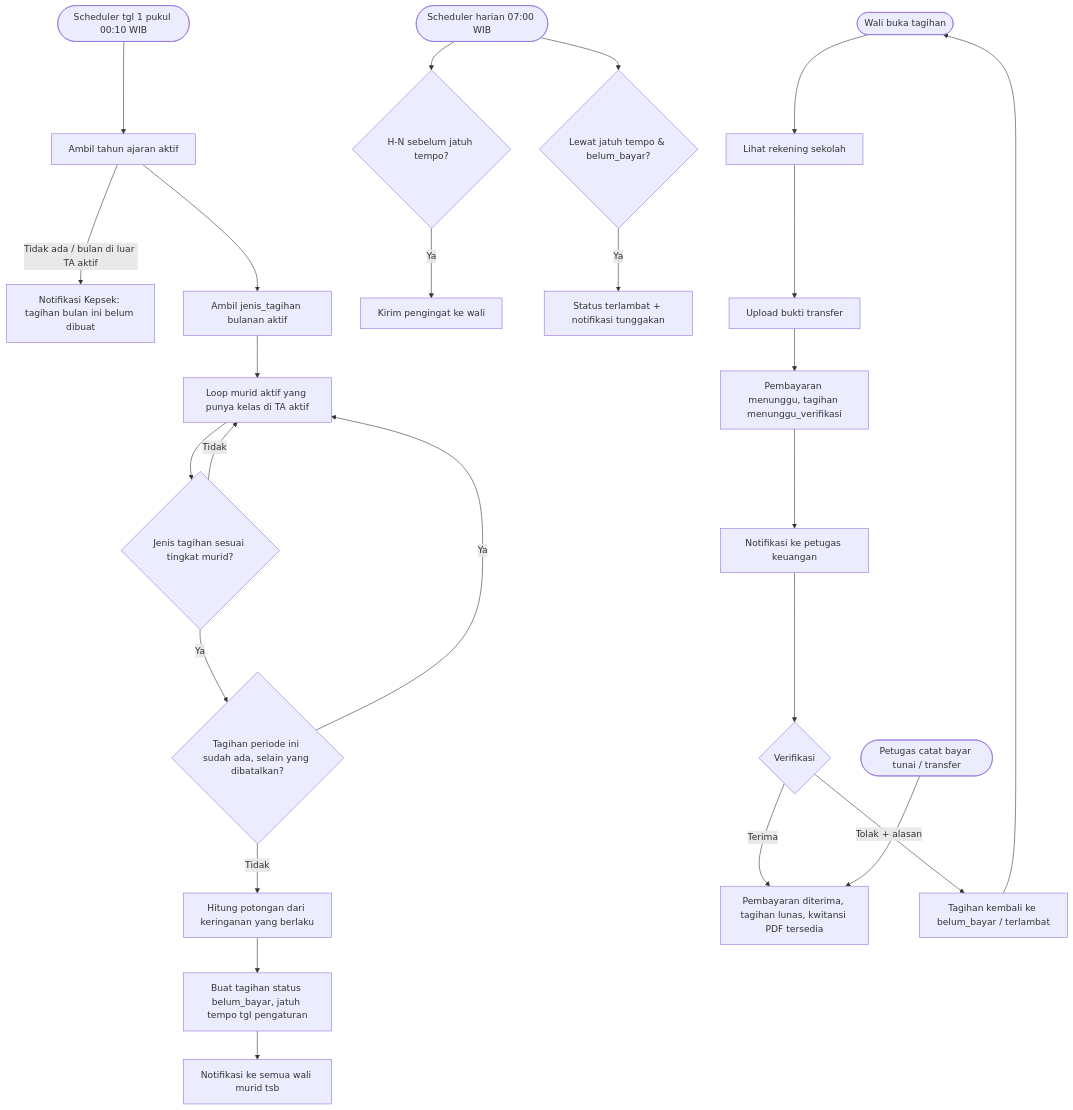
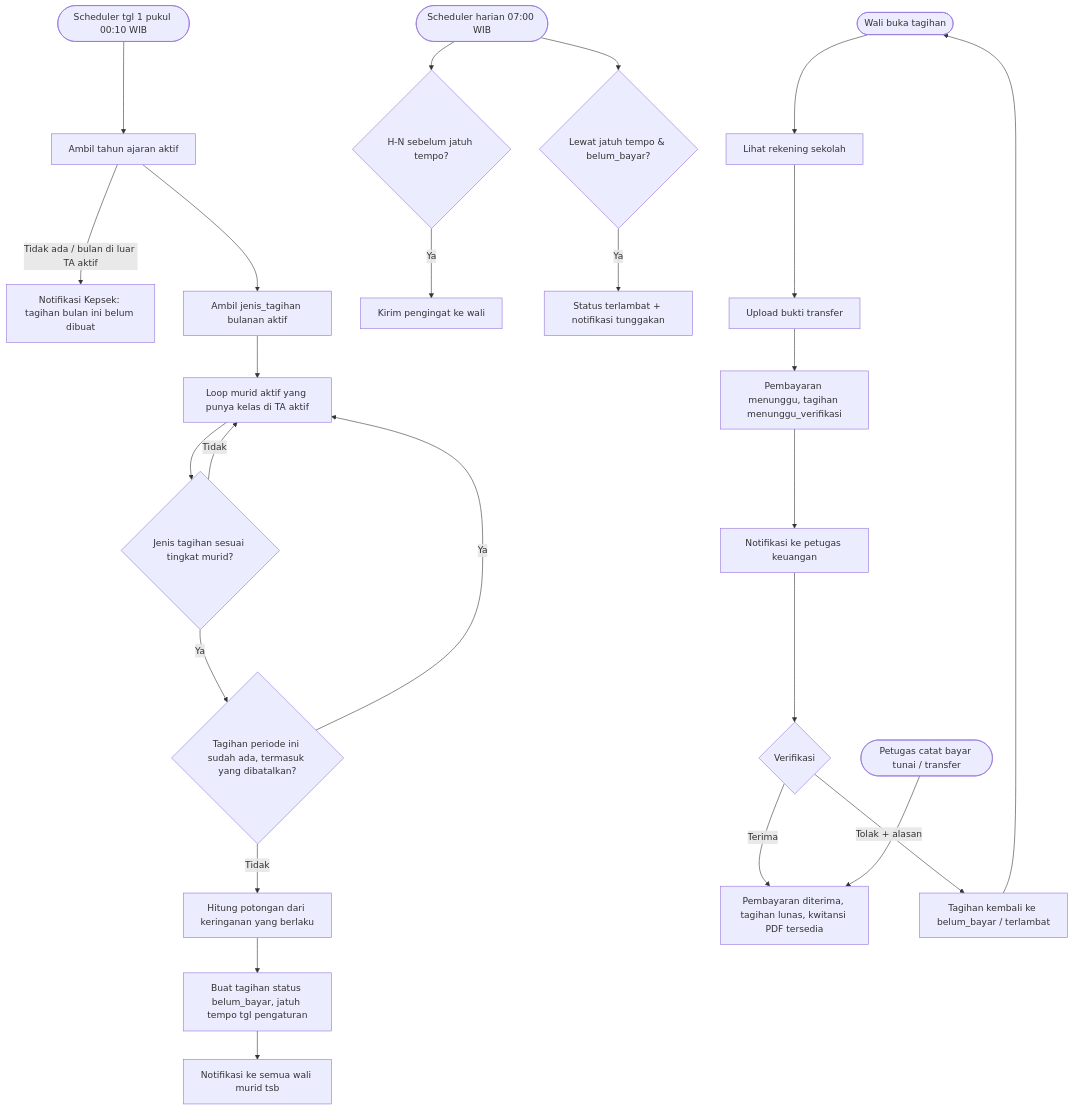
Before and after one commit to Keyanffz/TK_TA8_FE: the third of 5 diagrams in PROMPT_FE_TK.md, drawn with Mermaid. The commit also changed other lines of this file, not shown here.

First line of the commit message:
docs(kontrak): pembatalan tagihan dihormati, aktifkan kembali, dan field wajib di OpenAPI

````diff
--- a/PROMPT_FE_TK.md
+++ b/PROMPT_FE_TK.md
@@ -315,27 +315,27 @@
 ```mermaid
 flowchart TD
     A([Scheduler tgl 1 pukul 00:10 WIB]) --> B[Ambil tahun ajaran aktif]
     B -->|Tidak ada / bulan di luar TA aktif| B2[Notifikasi Kepsek: tagihan bulan ini belum dibuat]
     B --> C[Ambil jenis_tagihan bulanan aktif]
     C --> D[Loop murid aktif yang punya kelas di TA aktif]
     D --> E{Jenis tagihan sesuai tingkat murid?}
     E -->|Tidak| D
-    E -->|Ya| F{Tagihan periode ini sudah ada, selain yang dibatalkan?}
+    E -->|Ya| F{Tagihan periode ini sudah ada, termasuk yang dibatalkan?}
     F -->|Ya| D
     F -->|Tidak| G[Hitung potongan dari keringanan yang berlaku]
     G --> H[Buat tagihan status belum_bayar, jatuh tempo tgl pengaturan]
     H --> I[Notifikasi ke semua wali murid tsb]
     J([Scheduler harian 07:00 WIB]) --> K{H-N sebelum jatuh tempo?}
     K -->|Ya| L[Kirim pengingat ke wali]
     J --> M{Lewat jatuh tempo & belum_bayar?}
     M -->|Ya| N[Status terlambat + notifikasi tunggakan]
     O([Wali buka tagihan]) --> P[Lihat rekening sekolah]
     P --> Q[Upload bukti transfer]
     Q --> R[Pembayaran menunggu, tagihan menunggu_verifikasi]
     R --> S[Notifikasi ke petugas keuangan]
     S --> T{Verifikasi}
     T -->|Terima| U[Pembayaran diterima, tagihan lunas, kwitansi PDF tersedia]
     T -->|Tolak + alasan| V[Tagihan kembali ke belum_bayar / terlambat]
     V --> O
     W([Petugas catat bayar tunai / transfer]) --> U
 ```
````
